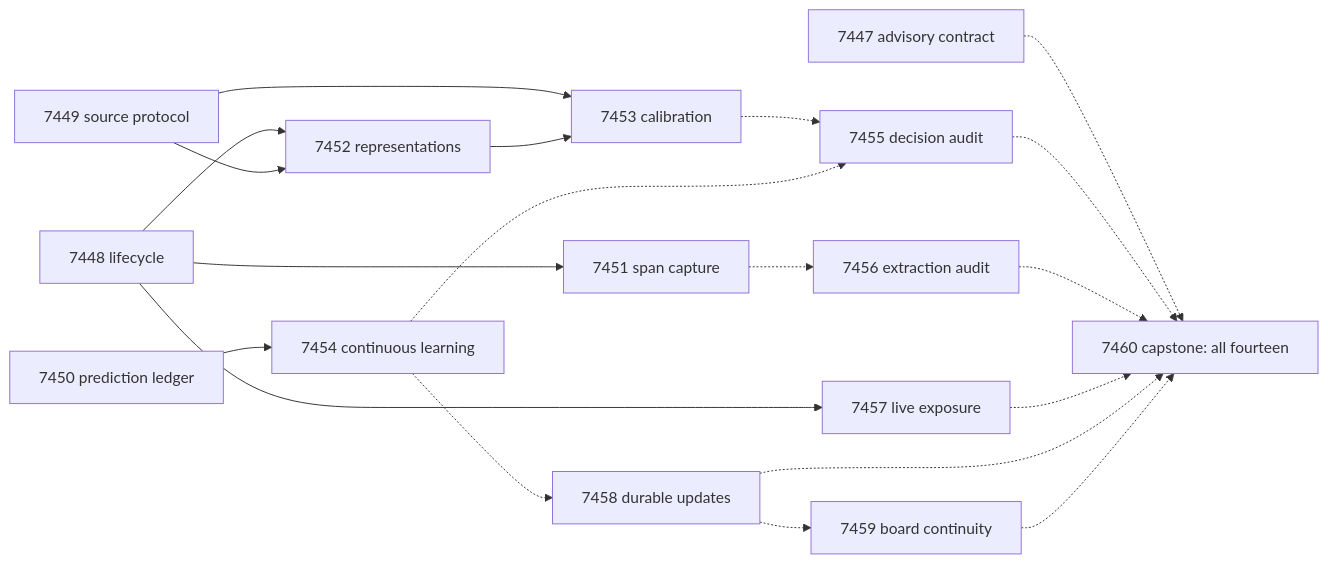
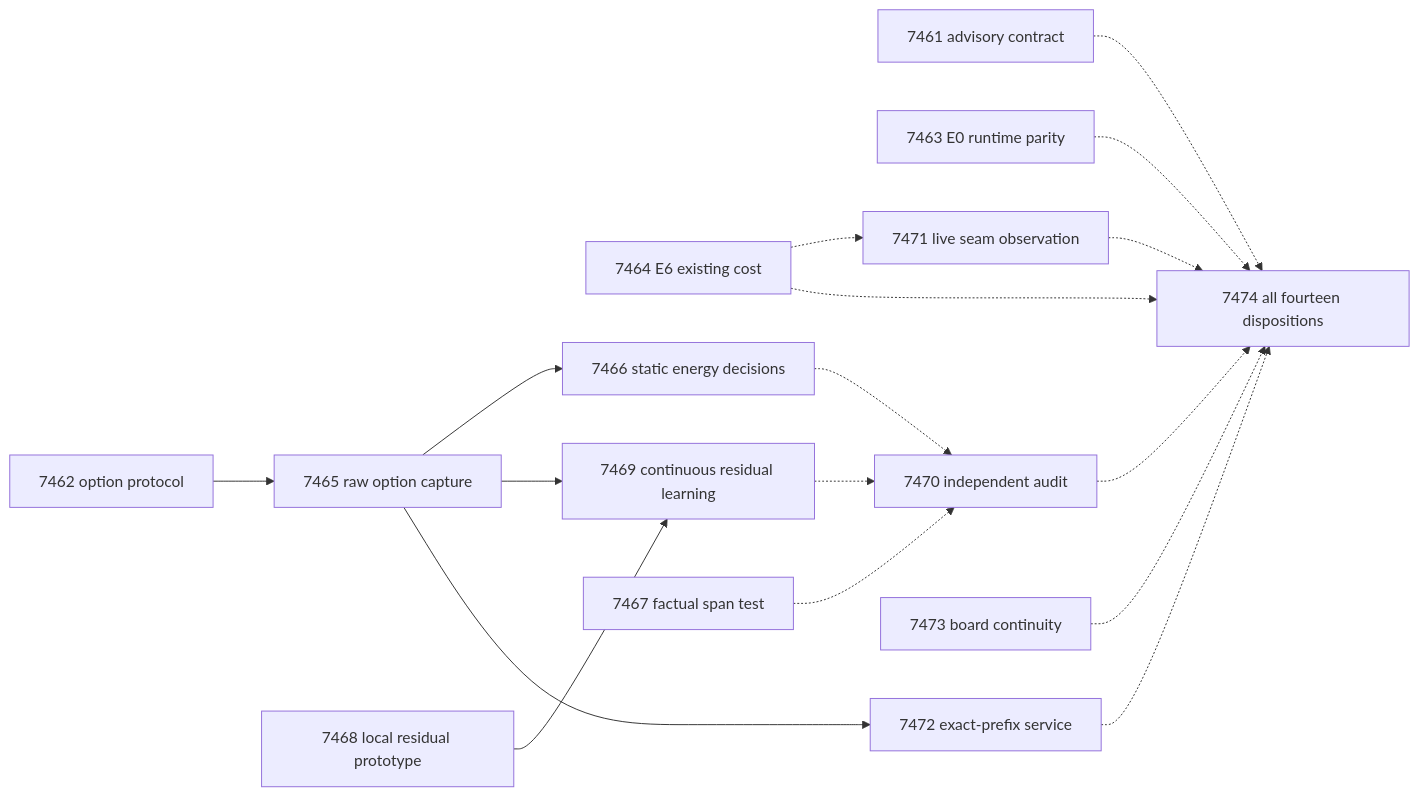
One commit to Carnot-EBM/carnot-ebm changed the second of 2 diagrams in openspec/change-proposals/research-roadmap-vNEXT.md. Above: the diagram before and after it, drawn with Mermaid. The commit also changed other lines of this file and 13 other files, not shown here.

````diff
--- a/openspec/change-proposals/research-roadmap-vNEXT.md
+++ b/openspec/change-proposals/research-roadmap-vNEXT.md
@@ -234,22 +311,22 @@
 ```mermaid
 flowchart LR
-    E7447[7447 advisory contract]
-    E7448[7448 lifecycle] --> E7451[7451 span capture]
-    E7448 --> E7452[7452 representations]
-    E7449[7449 source protocol] --> E7452
-    E7449 --> E7453[7453 calibration]
-    E7452 --> E7453
-    E7450[7450 prediction ledger] --> E7454[7454 continuous learning]
-    E7453 -.-> E7455[7455 decision audit]
-    E7454 -.-> E7455
-    E7451 -.-> E7456[7456 extraction audit]
-    E7448 --> E7457[7457 live exposure]
-    E7454 -.-> E7458[7458 durable updates]
-    E7458 -.-> E7459[7459 board continuity]
-    E7447 -.-> E7460[7460 capstone: all fourteen]
-    E7455 -.-> E7460
-    E7456 -.-> E7460
-    E7457 -.-> E7460
-    E7458 -.-> E7460
-    E7459 -.-> E7460
+    E7461[7461 advisory contract]
+    E7462[7462 option protocol] --> E7465[7465 raw option capture]
+    E7463[7463 E0 runtime parity]
+    E7464[7464 E6 existing cost] -.-> E7471[7471 live seam observation]
+    E7465 --> E7466[7466 static energy decisions]
+    E7465 --> E7469[7469 continuous residual learning]
+    E7468[7468 local residual prototype] --> E7469
+    E7466 -.-> E7470[7470 independent audit]
+    E7469 -.-> E7470
+    E7467[7467 factual span test] -.-> E7470
+    E7465 --> E7472[7472 exact-prefix service]
+    E7473[7473 board continuity]
+    E7461 -.-> E7474[7474 all fourteen dispositions]
+    E7463 -.-> E7474
+    E7464 -.-> E7474
+    E7470 -.-> E7474
+    E7471 -.-> E7474
+    E7472 -.-> E7474
+    E7473 -.-> E7474
 ```
````
